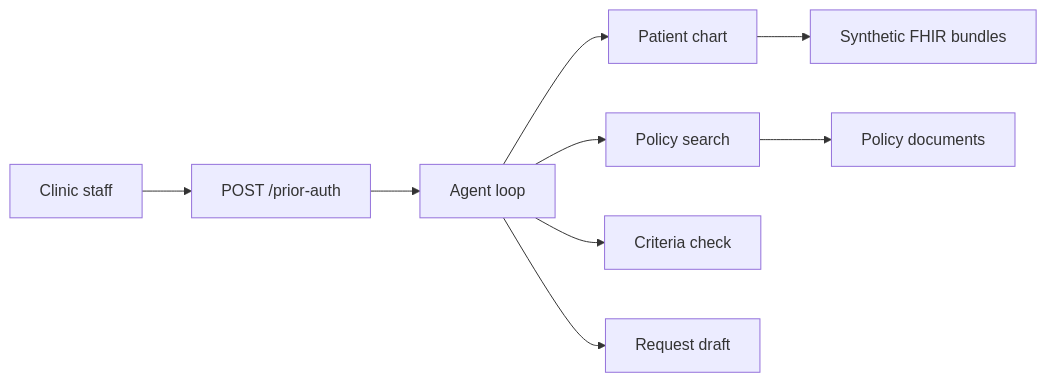
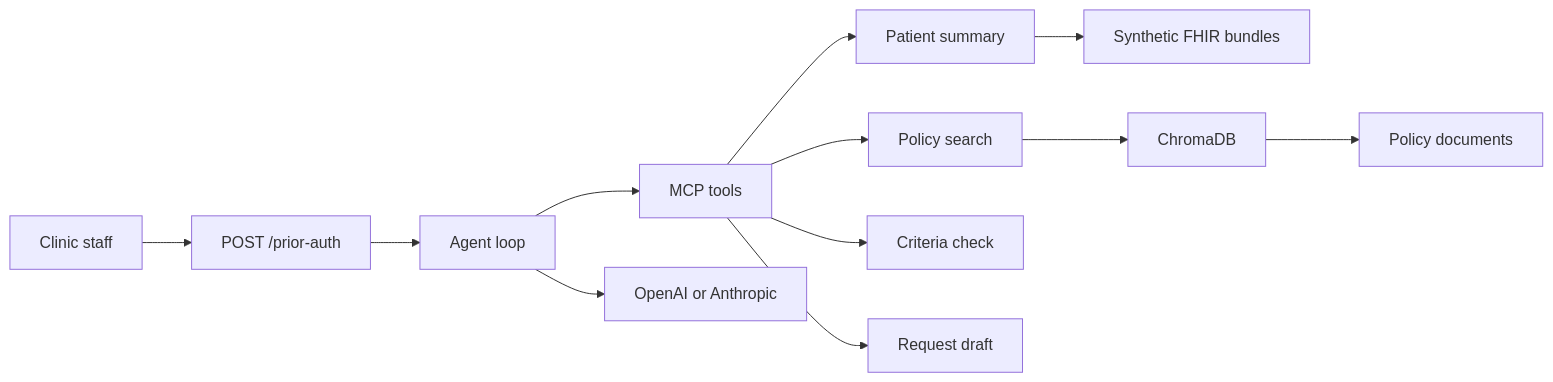
Before and after one commit to Ayushovhal/prior-auth-agent: the diagram in README.md, drawn with Mermaid. The commit also changed other lines of this file, not shown here.

First line of the commit message:
Add a work-in-progress roadmap to the README.

````diff
--- a/README.md
+++ b/README.md
@@ -35,11 +11,14 @@
 ```mermaid
 flowchart LR
-  staff[Clinic staff] --> api[POST /prior-auth]
-  api --> agent[Agent loop]
-  agent --> fhir[Patient chart]
-  agent --> policy[Policy search]
-  agent --> criteria[Criteria check]
-  agent --> draft[Request draft]
-  fhir --> data[Synthetic FHIR bundles]
-  policy --> docs[Policy documents]
+  staff[Clinic staff] --> api["POST /prior-auth"]
+  api --> loop[Agent loop]
+  loop --> mcp[MCP tools]
+  mcp --> patients[Patient summary]
+  mcp --> search[Policy search]
+  mcp --> criteria[Criteria check]
+  mcp --> draft[Request draft]
+  patients --> fhir[Synthetic FHIR bundles]
+  search --> chroma[ChromaDB]
+  chroma --> policies[Policy documents]
+  loop --> llm[OpenAI or Anthropic]
 ```
````
